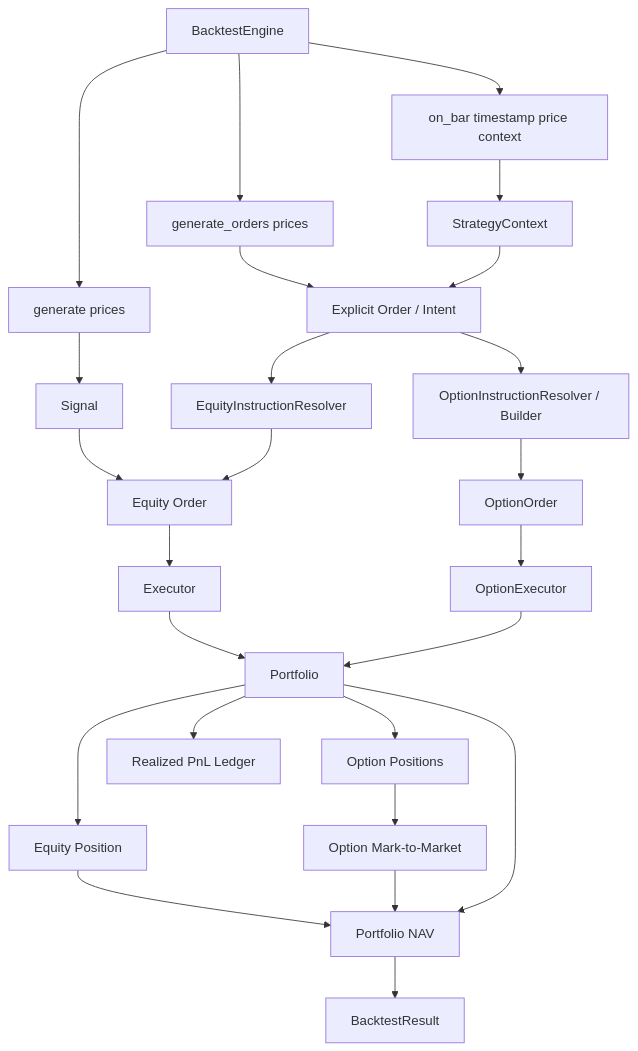
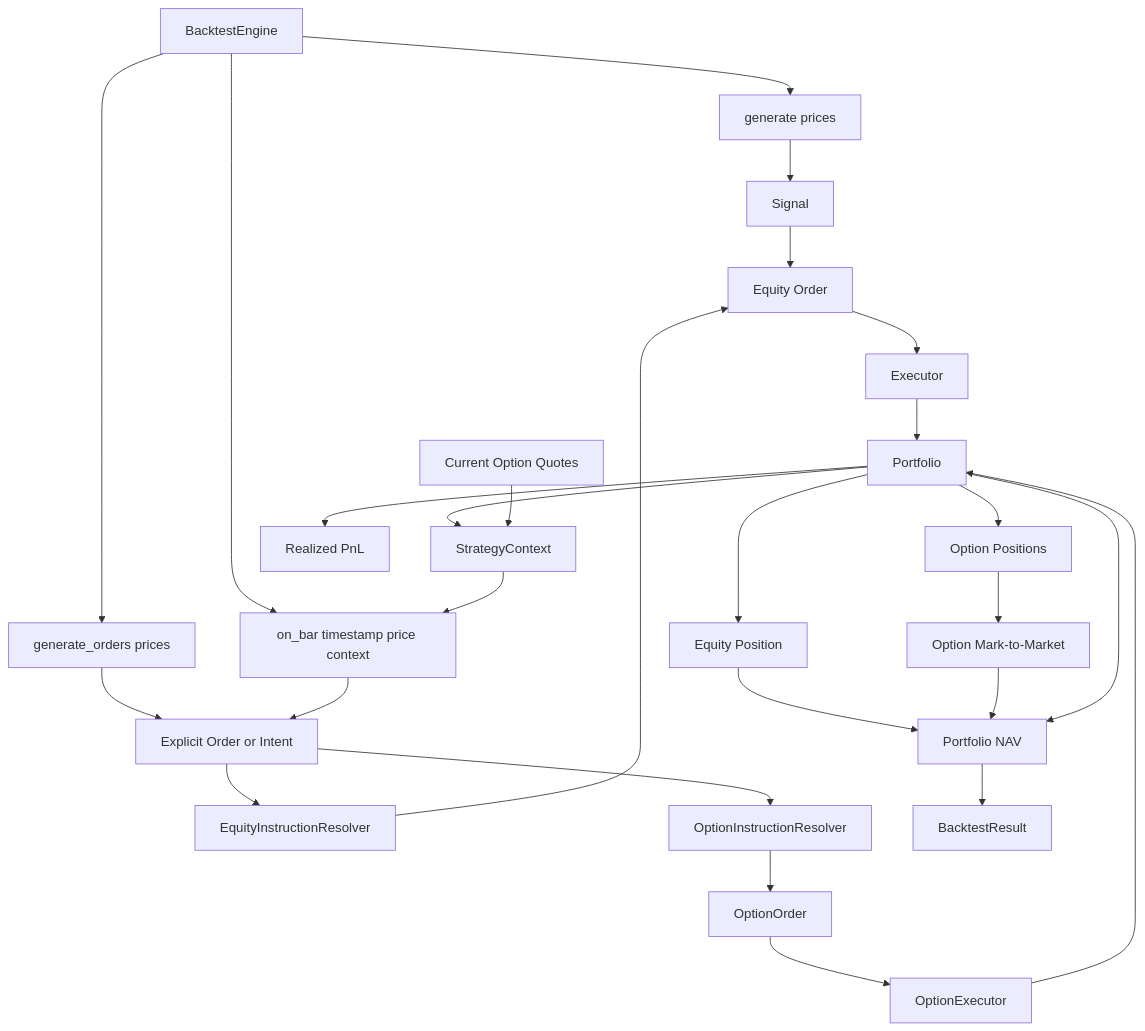
One commit to Kalvin-avenger/QuantResearch changed the first of 7 diagrams in docs/ARCHITECTURE.md. Above: the diagram before and after it, drawn with Mermaid. The commit also changed other lines of this file and 5 other files, not shown here.

````diff
--- a/docs/ARCHITECTURE.md
+++ b/docs/ARCHITECTURE.md
@@ -7,35 +17,29 @@
 ```mermaid
 flowchart TD
     E[BacktestEngine] --> G1[generate prices]
     E --> G2[generate_orders prices]
     E --> OB[on_bar timestamp price context]
-
     G1 --> S[Signal]
-    G2 --> I[Explicit Order / Intent]
-    OB --> C[StrategyContext]
-    C --> I
-
+    G2 --> I[Explicit Order or Intent]
+    P[Portfolio] --> C[StrategyContext]
+    Q[Current Option Quotes] --> C
+    C --> OB
+    OB --> I
     S --> EO[Equity Order]
     I --> ER[EquityInstructionResolver]
-    I --> OR[OptionInstructionResolver / Builder]
-
+    I --> OR[OptionInstructionResolver]
     ER --> EO
     OR --> OO[OptionOrder]
-
     EO --> EX[Executor]
     OO --> OEX[OptionExecutor]
-
-    EX --> P[Portfolio]
+    EX --> P
     OEX --> P
-
     P --> EP[Equity Position]
     P --> OP[Option Positions]
-    P --> RP[Realized PnL Ledger]
-
+    P --> RP[Realized PnL]
     OP --> MTM[Option Mark-to-Market]
     EP --> NAV[Portfolio NAV]
     MTM --> NAV
     P --> NAV
-
     NAV --> BR[BacktestResult]
 ```
````
